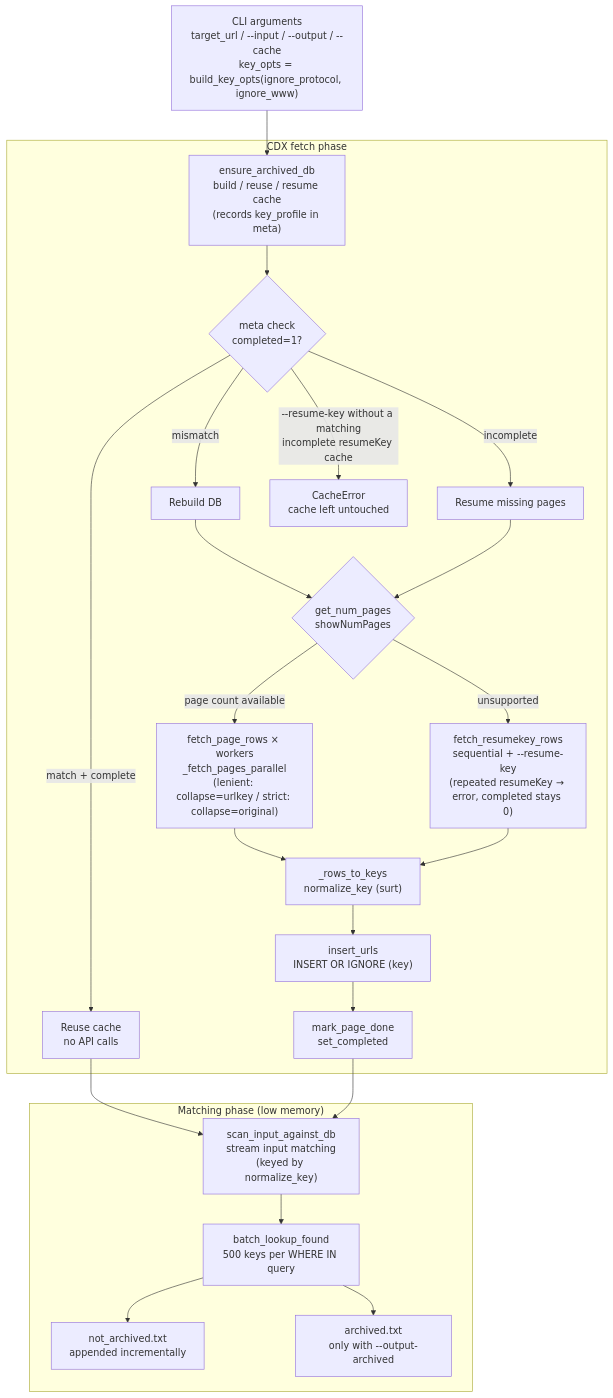
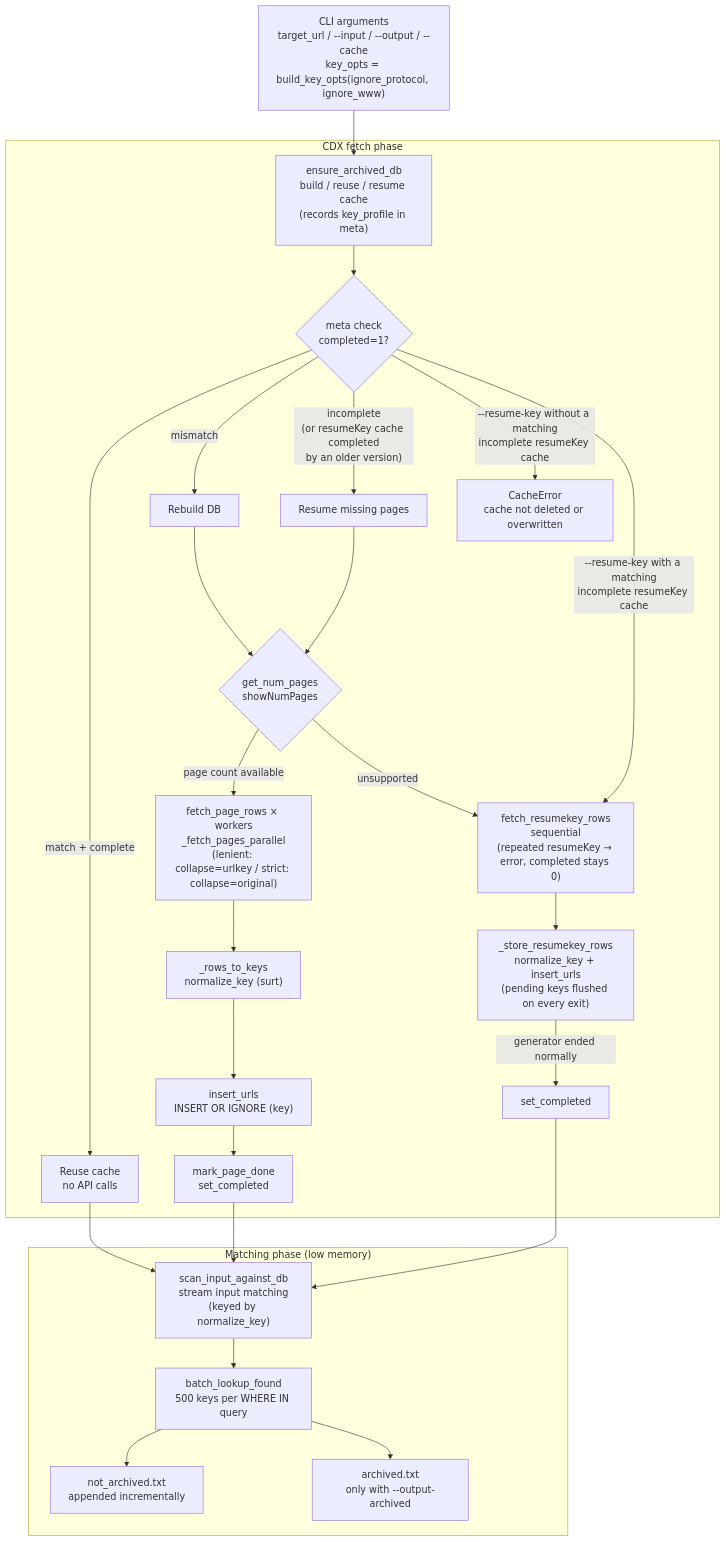
One commit to abhinavrastogi2627/wayback-gap-detector changed the diagram in ARCHITECTURE.md. Above: the diagram before and after it, drawn with Mermaid. The commit also changed other lines of this file and 4 other files, not shown here.

Commit message:
fix: refetch resumeKey caches completed by earlier versions

````diff
--- a/ARCHITECTURE.md
+++ b/ARCHITECTURE.md
@@ -19,29 +19,32 @@
 ```mermaid
 flowchart TD
     CLI["CLI arguments\ntarget_url / --input / --output / --cache\nkey_opts = build_key_opts(ignore_protocol, ignore_www)"] --> ENSURE["ensure_archived_db\nbuild / reuse / resume cache\n(records key_profile in meta)"]
 
     subgraph FETCH["CDX fetch phase"]
         ENSURE --> META{"meta check\ncompleted=1?"}
         META -- "match + complete" --> REUSE["Reuse cache\nno API calls"]
         META -- "mismatch" --> REBUILD["Rebuild DB"]
-        META -- "incomplete" --> RESUME["Resume missing pages"]
-        META -- "--resume-key without a matching\nincomplete resumeKey cache" --> REJECT["CacheError\ncache left untouched"]
+        META -- "incomplete\n(or resumeKey cache completed\nby an older version)" --> RESUME["Resume missing pages"]
+        META -- "--resume-key without a matching\nincomplete resumeKey cache" --> REJECT["CacheError\ncache not deleted or overwritten"]
+        META -- "--resume-key with a matching\nincomplete resumeKey cache" --> SEQ
         REBUILD --> NUM{"get_num_pages\nshowNumPages"}
         RESUME --> NUM
         NUM -- "page count available" --> PAR["fetch_page_rows × workers\n_fetch_pages_parallel\n(lenient: collapse=urlkey / strict: collapse=original)"]
-        NUM -- "unsupported" --> SEQ["fetch_resumekey_rows\nsequential + --resume-key\n(repeated resumeKey → error, completed stays 0)"]
+        NUM -- "unsupported" --> SEQ["fetch_resumekey_rows\nsequential\n(repeated resumeKey → error, completed stays 0)"]
         PAR --> NORM["_rows_to_keys\nnormalize_key (surt)"]
-        SEQ --> NORM
         NORM --> INS["insert_urls\nINSERT OR IGNORE (key)"]
         INS --> DONE_PAGES["mark_page_done\nset_completed"]
+        SEQ --> STORE["_store_resumekey_rows\nnormalize_key + insert_urls\n(pending keys flushed on every exit)"]
+        STORE -- "generator ended normally" --> SEQ_DONE["set_completed"]
     end
 
     REUSE --> SCAN["scan_input_against_db\nstream input matching\n(keyed by normalize_key)"]
     DONE_PAGES --> SCAN
+    SEQ_DONE --> SCAN
 
     subgraph CHECK["Matching phase (low memory)"]
         SCAN --> BATCH["batch_lookup_found\n500 keys per WHERE IN query"]
         BATCH --> W1["not_archived.txt\nappended incrementally"]
         BATCH --> W2["archived.txt\nonly with --output-archived"]
     end
 ```
````
